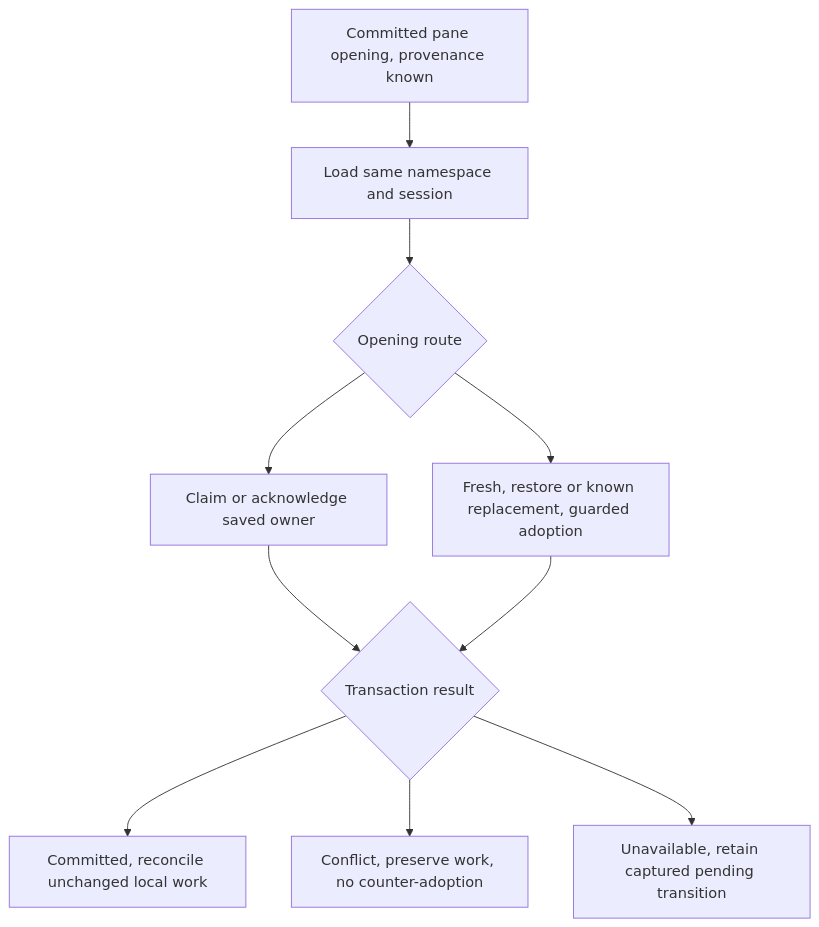
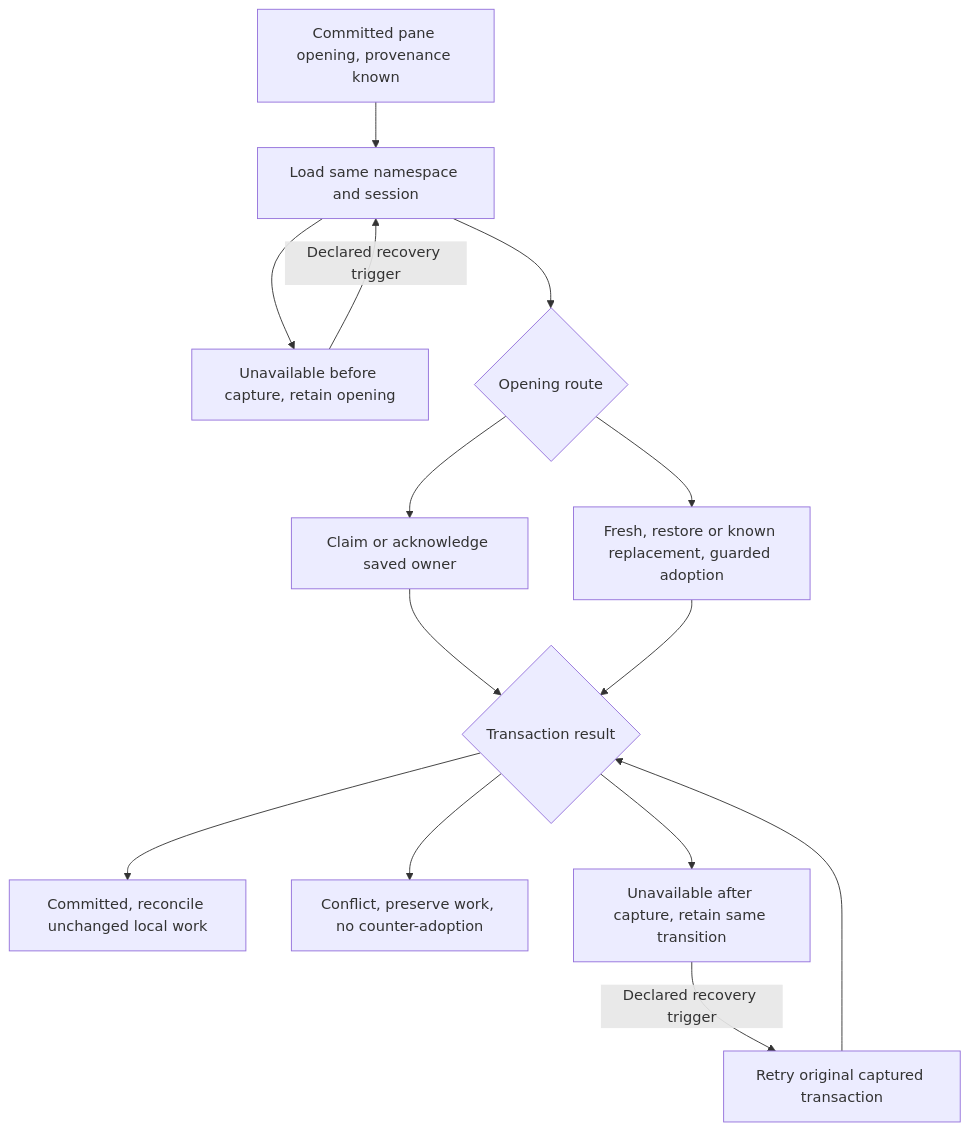
The diagram in docs/superpowers/specs/2026-10-06-browser-draft-owner-recovery-design.md (prime-radiant-inc/evener), drawn with Mermaid before and after one commit. The commit also changed other lines of this file, not shown here.

Commit message:
docs: preserve dirty work before pane retirement

````diff
--- a/docs/superpowers/specs/2026-10-06-browser-draft-owner-recovery-design.md
+++ b/docs/superpowers/specs/2026-10-06-browser-draft-owner-recovery-design.md
@@ -34,12 +36,16 @@
 ```mermaid
 flowchart TD
     Open[Committed pane opening, provenance known] --> Load[Load same namespace and session]
+    Load --> PendingLoad[Unavailable before capture, retain opening]
+    PendingLoad -->|Declared recovery trigger| Load
     Load --> Route{Opening route}
     Route --> Claim[Claim or acknowledge saved owner]
     Route --> Adopt[Fresh, restore or known replacement, guarded adoption]
     Claim --> Result{Transaction result}
     Adopt --> Result
     Result --> Ready[Committed, reconcile unchanged local work]
     Result --> Conflict[Conflict, preserve work, no counter-adoption]
-    Result --> Pending[Unavailable, retain captured pending transition]
+    Result --> Pending[Unavailable after capture, retain same transition]
+    Pending -->|Declared recovery trigger| Retry[Retry original captured transaction]
+    Retry --> Result
 ```
````
